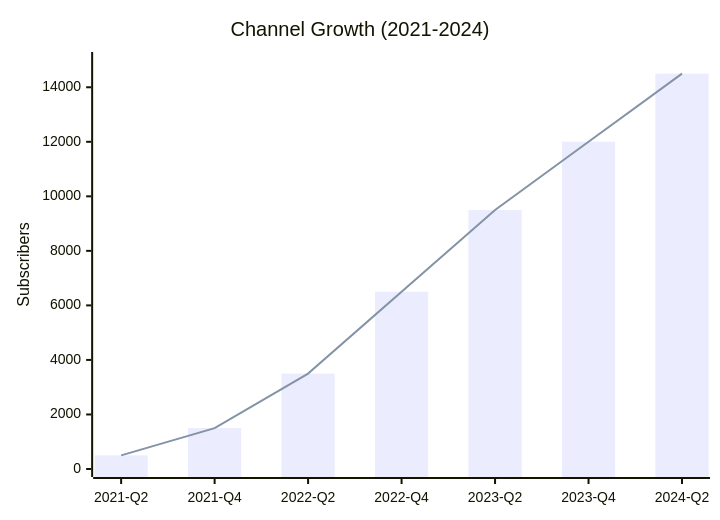
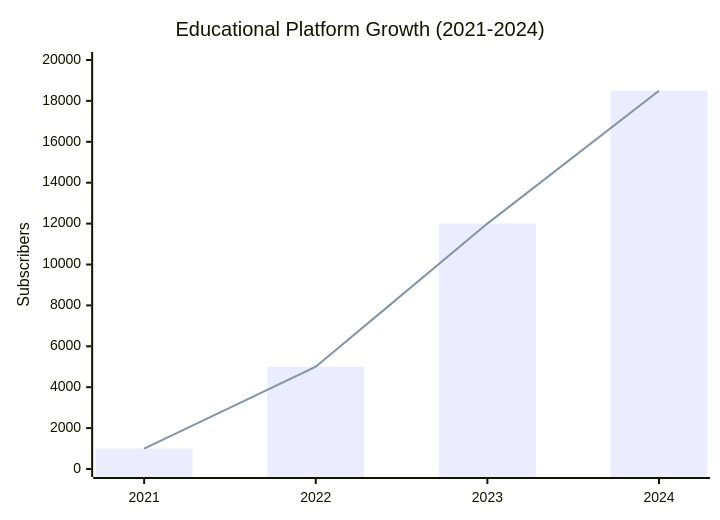
Before and after one commit to mentech93/mentech93: the seventh of 9 diagrams in README.md, drawn with Mermaid. The commit also changed other lines of this file, not shown here.

````diff
--- a/README.md
+++ b/README.md
@@ -238,8 +485,8 @@
 ```mermaid
 xychart-beta
-    title "Channel Growth (2021-2024)"
-    x-axis [2021-Q2, 2021-Q4, 2022-Q2, 2022-Q4, 2023-Q2, 2023-Q4, 2024-Q2]
-    y-axis "Subscribers" 0 --> 15000
-    bar [500, 1500, 3500, 6500, 9500, 12000, 14500]
-    line [500, 1500, 3500, 6500, 9500, 12000, 14500]
+    title "Educational Platform Growth (2021-2024)"
+    x-axis [2021, 2022, 2023, 2024]
+    y-axis "Subscribers" 0 --> 20000
+    bar [1000, 5000, 12000, 18500]
+    line [1000, 5000, 12000, 18500]
 ```
````
